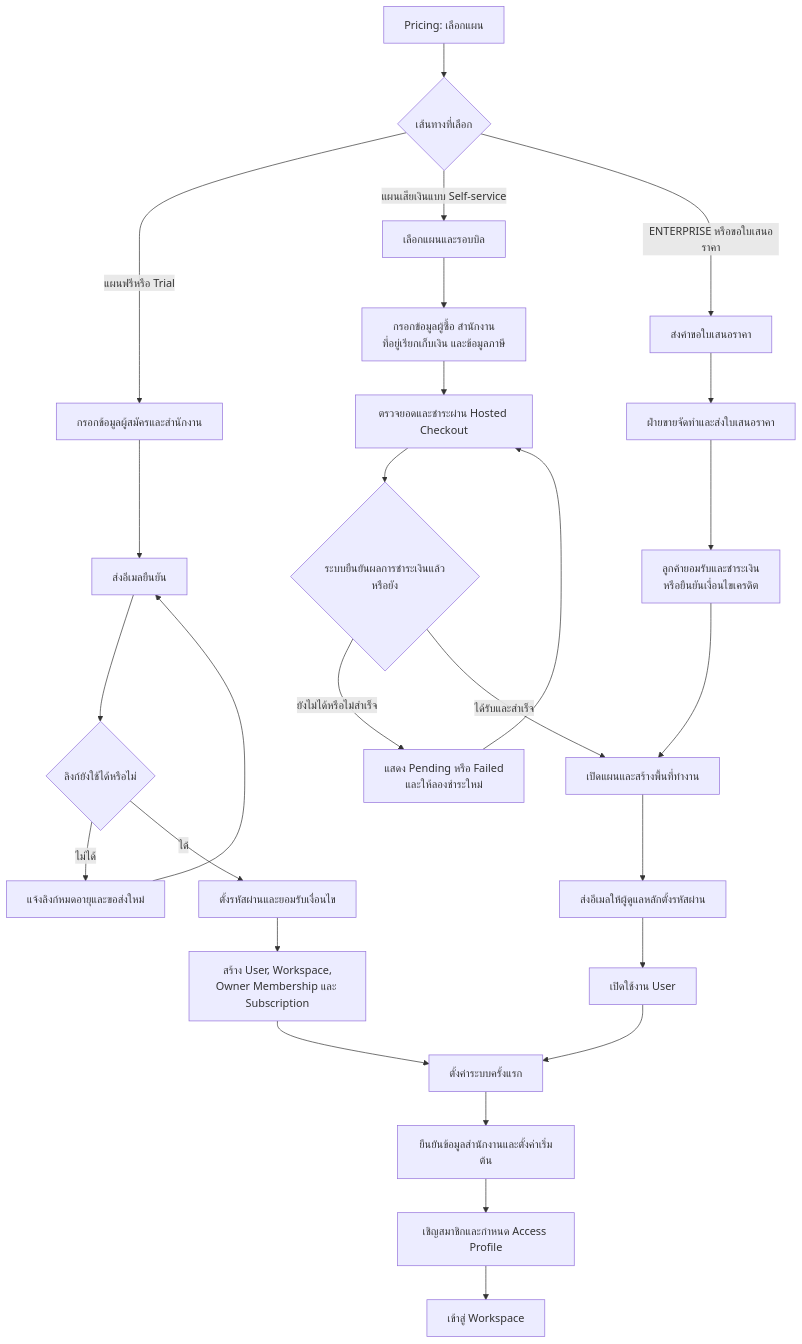
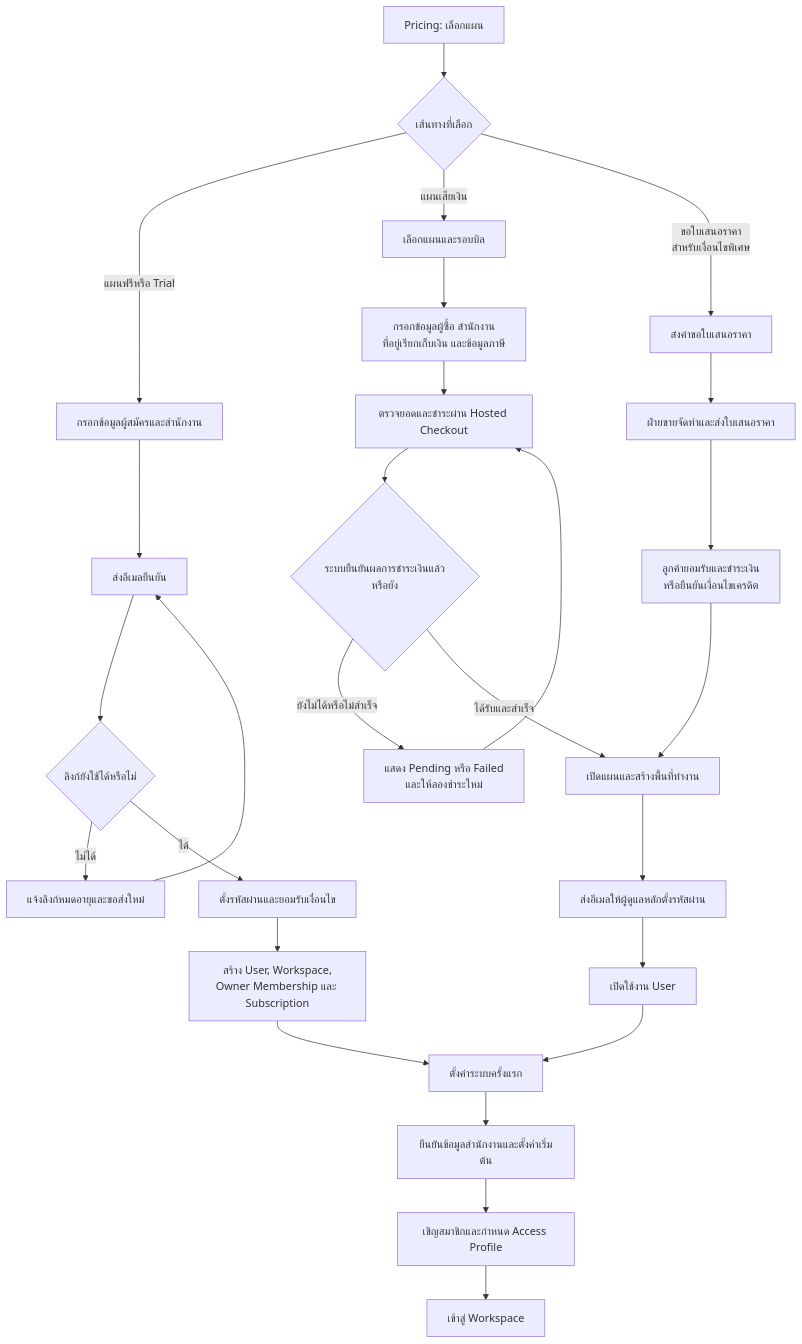
The first of 3 diagrams in docs/app/docs/plans/subscription-access/page.mdx (yukasung/mattersolv_docs), drawn with Mermaid before and after one commit. The commit also changed other lines of this file, not shown here.

Commit message:
docs: clarify subscription signup flow

````diff
--- a/docs/app/docs/plans/subscription-access/page.mdx
+++ b/docs/app/docs/plans/subscription-access/page.mdx
@@ -27,33 +27,33 @@
 ```mermaid
 flowchart TD
   A["Pricing: เลือกแผน"] --> B{"เส้นทางที่เลือก"}
 
   B -->|แผนฟรีหรือ Trial| T1["กรอกข้อมูลผู้สมัครและสำนักงาน"]
   T1 --> T2["ส่งอีเมลยืนยัน"]
   T2 --> T3{"ลิงก์ยังใช้ได้หรือไม่"}
   T3 -->|ไม่ได้| T4["แจ้งลิงก์หมดอายุและขอส่งใหม่"]
   T4 --> T2
   T3 -->|ได้| T5["ตั้งรหัสผ่านและยอมรับเงื่อนไข"]
   T5 --> Provision["สร้าง User, Workspace,<br/>Owner Membership และ Subscription"]
 
-  B -->|แผนเสียเงินแบบ Self-service| P1["เลือกแผนและรอบบิล"]
+  B -->|แผนเสียเงิน| P1["เลือกแผนและรอบบิล"]
   P1 --> P2["กรอกข้อมูลผู้ซื้อ สำนักงาน<br/>ที่อยู่เรียกเก็บเงิน และข้อมูลภาษี"]
   P2 --> P3["ตรวจยอดและชำระผ่าน Hosted Checkout"]
   P3 --> P4{"ระบบยืนยันผลการชำระเงินแล้วหรือยัง"}
   P4 -->|ยังไม่ได้หรือไม่สำเร็จ| P5["แสดง Pending หรือ Failed<br/>และให้ลองชำระใหม่"]
   P5 --> P3
   P4 -->|ได้รับและสำเร็จ| P6["เปิดแผนและสร้างพื้นที่ทำงาน"]
   P6 --> P7["ส่งอีเมลให้ผู้ดูแลหลักตั้งรหัสผ่าน"]
   P7 --> P8["เปิดใช้งาน User"]
   P8 --> FirstSetup
 
-  B -->|ENTERPRISE หรือขอใบเสนอราคา| Q1["ส่งคำขอใบเสนอราคา"]
+  B -->|ขอใบเสนอราคา<br/>สำหรับเงื่อนไขพิเศษ| Q1["ส่งคำขอใบเสนอราคา"]
   Q1 --> Q2["ฝ่ายขายจัดทำและส่งใบเสนอราคา"]
   Q2 --> Q3["ลูกค้ายอมรับและชำระเงิน<br/>หรือยืนยันเงื่อนไขเครดิต"]
   Q3 --> P6
 
   Provision --> FirstSetup["ตั้งค่าระบบครั้งแรก"]
   FirstSetup --> O1["ยืนยันข้อมูลสำนักงานและตั้งค่าเริ่มต้น"]
   O1 --> O2["เชิญสมาชิกและกำหนด Access Profile"]
   O2 --> O3["เข้าสู่ Workspace"]
 ```
````
